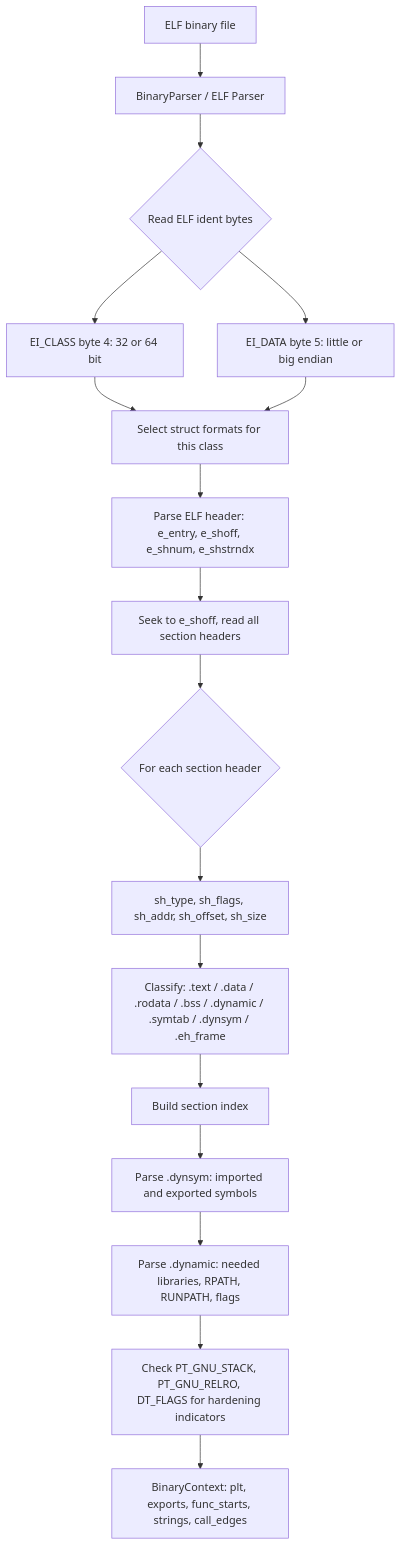
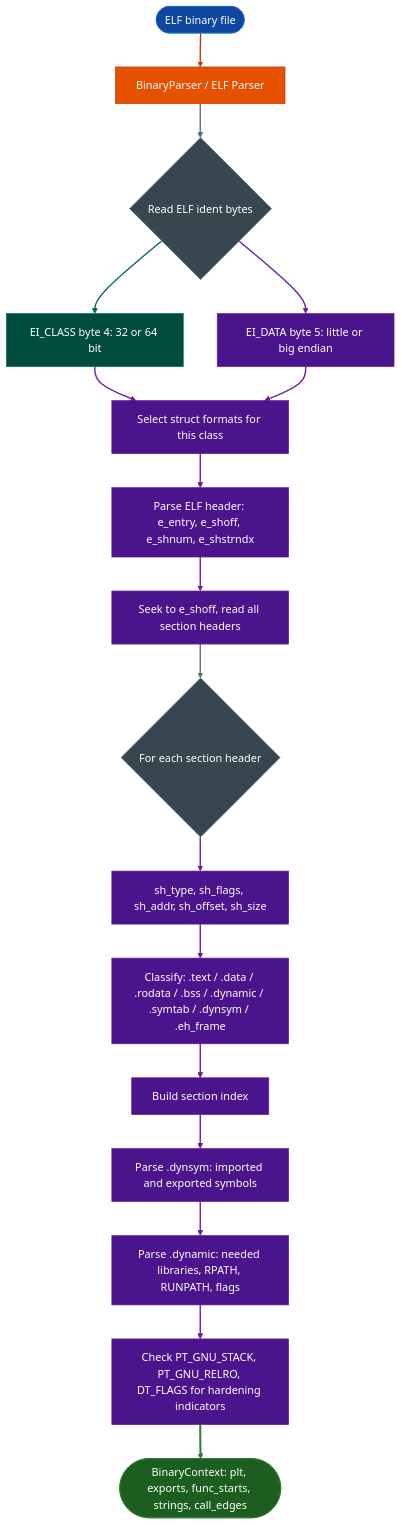
One commit to Ablation-Tool/ablation changed the diagram in docs/reference-modules/elf-internals-and-hardening.md. Above: the diagram before and after it, drawn with Mermaid. The commit also changed 320 other files, not shown here.

First line of the commit message:
docs: apply canonical Mermaid template to all 321 diagrams

````diff
--- a/docs/reference-modules/elf-internals-and-hardening.md
+++ b/docs/reference-modules/elf-internals-and-hardening.md
@@ -21,19 +21,41 @@
 ```mermaid
 flowchart TD
-    A[ELF binary file] --> B[BinaryParser / ELF Parser]
-    B --> C{Read ELF ident bytes}
-    C --> D[EI_CLASS byte 4: 32 or 64 bit]
-    C --> E[EI_DATA byte 5: little or big endian]
-    D --> F[Select struct formats for this class]
-    E --> F
-    F --> G[Parse ELF header: e_entry, e_shoff, e_shnum, e_shstrndx]
-    G --> H[Seek to e_shoff, read all section headers]
-    H --> I{For each section header}
-    I --> J[sh_type, sh_flags, sh_addr, sh_offset, sh_size]
-    J --> K[Classify: .text / .data / .rodata / .bss / .dynamic / .symtab / .dynsym / .eh_frame]
-    K --> L[Build section index]
-    L --> M[Parse .dynsym: imported and exported symbols]
-    M --> N[Parse .dynamic: needed libraries, RPATH, RUNPATH, flags]
-    N --> O[Check PT_GNU_STACK, PT_GNU_RELRO, DT_FLAGS for hardening indicators]
-    O --> P[BinaryContext: plt, exports, func_starts, strings, call_edges]
+    A(["ELF binary file"]):::input --> B["BinaryParser / ELF Parser"]:::primary
+    B:::primary --> C{"Read ELF ident bytes"}:::neutral
+    C:::neutral --> D["EI_CLASS byte 4: 32 or 64 bit"]:::secondary
+    C:::neutral --> E["EI_DATA byte 5: little or big endian"]:::tertiary
+    D:::secondary --> F["Select struct formats for this class"]:::tertiary
+    E:::tertiary --> F:::tertiary
+    F:::tertiary --> G["Parse ELF header: e_entry, e_shoff, e_shnum, e_shstrndx"]:::tertiary
+    G:::tertiary --> H["Seek to e_shoff, read all section headers"]:::tertiary
+    H:::tertiary --> I{"For each section header"}:::neutral
+    I:::neutral --> J["sh_type, sh_flags, sh_addr, sh_offset, sh_size"]:::tertiary
+    J:::tertiary --> K["Classify: .text / .data / .rodata / .bss / .dynamic / .symtab / .dynsym / .eh_frame"]:::tertiary
+    K:::tertiary --> L["Build section index"]:::tertiary
+    L:::tertiary --> M["Parse .dynsym: imported and exported symbols"]:::tertiary
+    M:::tertiary --> N["Parse .dynamic: needed libraries, RPATH, RUNPATH, flags"]:::tertiary
+    N:::tertiary --> O["Check PT_GNU_STACK, PT_GNU_RELRO, DT_FLAGS for hardening indicators"]:::tertiary
+    O:::tertiary --> P(["BinaryContext: plt, exports, func_starts, strings, call_edges"]):::output
+    classDef input     fill:#0d47a1,stroke:#1565c0,color:#fff
+    classDef primary   fill:#e65100,stroke:#bf360c,color:#fff
+    classDef secondary fill:#004d40,stroke:#00695c,color:#fff
+    classDef tertiary  fill:#4a148c,stroke:#6a1b9a,color:#fff
+    classDef neutral   fill:#37474f,stroke:#546e7a,color:#fff
+    classDef output    fill:#1b5e20,stroke:#2e7d32,color:#fff
+    linkStyle 0 stroke:#bf360c,stroke-width:2px
+    linkStyle 1 stroke:#546e7a,stroke-width:2px
+    linkStyle 2 stroke:#00695c,stroke-width:2px
+    linkStyle 3 stroke:#6a1b9a,stroke-width:2px
+    linkStyle 4 stroke:#6a1b9a,stroke-width:2px
+    linkStyle 5 stroke:#6a1b9a,stroke-width:2px
+    linkStyle 6 stroke:#6a1b9a,stroke-width:2px
+    linkStyle 7 stroke:#6a1b9a,stroke-width:2px
+    linkStyle 8 stroke:#546e7a,stroke-width:2px
+    linkStyle 9 stroke:#6a1b9a,stroke-width:2px
+    linkStyle 10 stroke:#6a1b9a,stroke-width:2px
+    linkStyle 11 stroke:#6a1b9a,stroke-width:2px
+    linkStyle 12 stroke:#6a1b9a,stroke-width:2px
+    linkStyle 13 stroke:#6a1b9a,stroke-width:2px
+    linkStyle 14 stroke:#6a1b9a,stroke-width:2px
+    linkStyle 15 stroke:#2e7d32,stroke-width:3px
 ```
````
